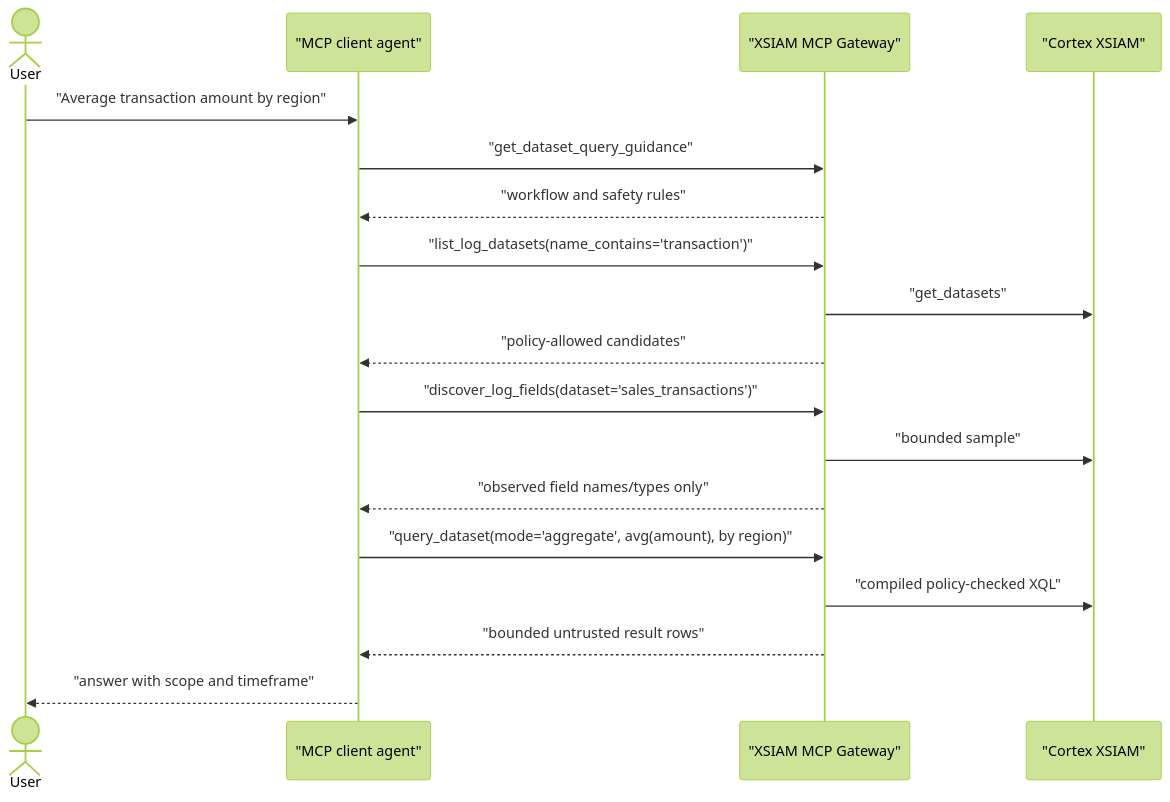
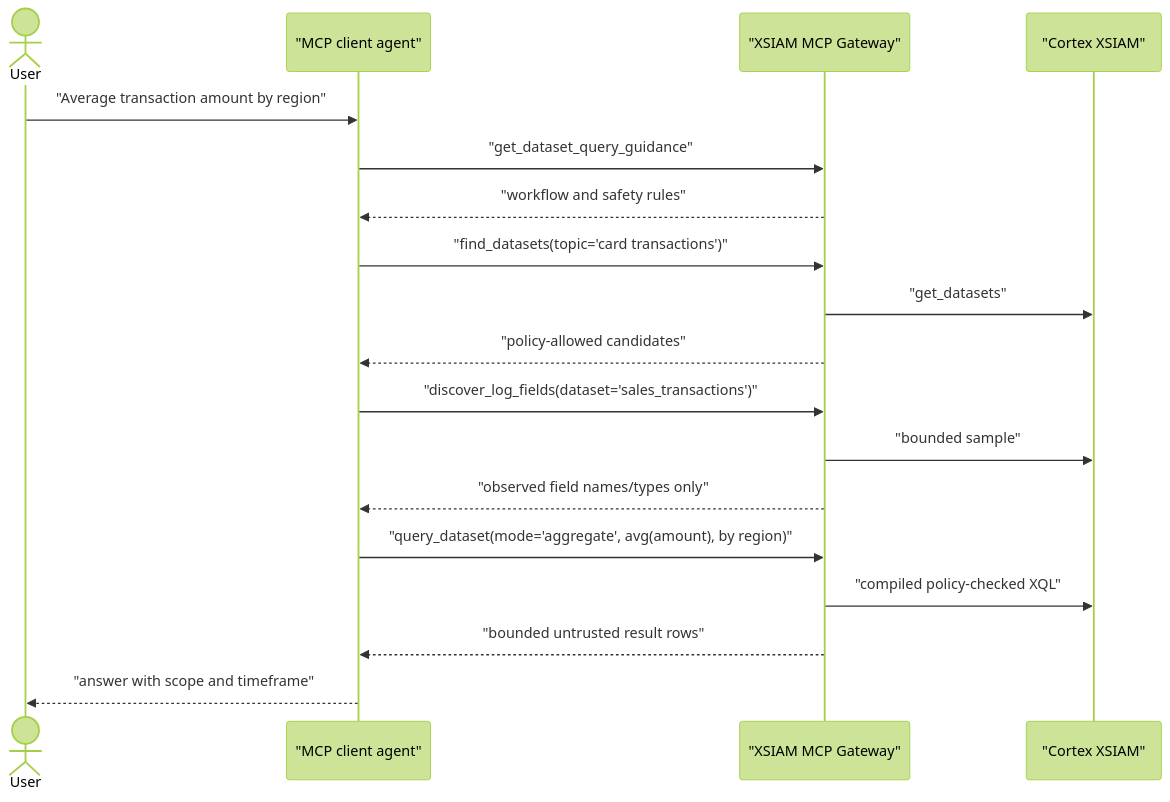
Before and after one commit to ciaran-finnegan/cortex-xsiam-mcp-gateway: the diagram in docs/AGENT_LOG_SEARCH.md, drawn with Mermaid (forest theme). The commit also changed other lines of this file and 16 other files, not shown here.

First line of the commit message:
feat: authored dataset catalogue and find_datasets tool

````diff
--- a/docs/AGENT_LOG_SEARCH.md
+++ b/docs/AGENT_LOG_SEARCH.md
@@ -16,21 +16,21 @@
 ```mermaid
 sequenceDiagram
   actor User
   participant Agent as "MCP client agent"
   participant MCP as "XSIAM MCP Gateway"
   participant XSIAM as "Cortex XSIAM"
 
   User->>Agent: "Average transaction amount by region"
   Agent->>MCP: "get_dataset_query_guidance"
   MCP-->>Agent: "workflow and safety rules"
-  Agent->>MCP: "list_log_datasets(name_contains='transaction')"
+  Agent->>MCP: "find_datasets(topic='card transactions')"
   MCP->>XSIAM: "get_datasets"
   MCP-->>Agent: "policy-allowed candidates"
   Agent->>MCP: "discover_log_fields(dataset='sales_transactions')"
   MCP->>XSIAM: "bounded sample"
   MCP-->>Agent: "observed field names/types only"
   Agent->>MCP: "query_dataset(mode='aggregate', avg(amount), by region)"
   MCP->>XSIAM: "compiled policy-checked XQL"
   MCP-->>Agent: "bounded untrusted result rows"
   Agent-->>User: "answer with scope and timeframe"
 ```
````
